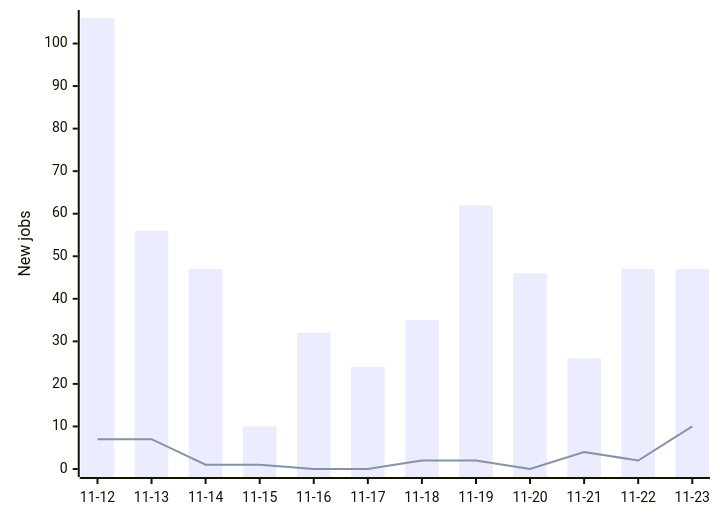
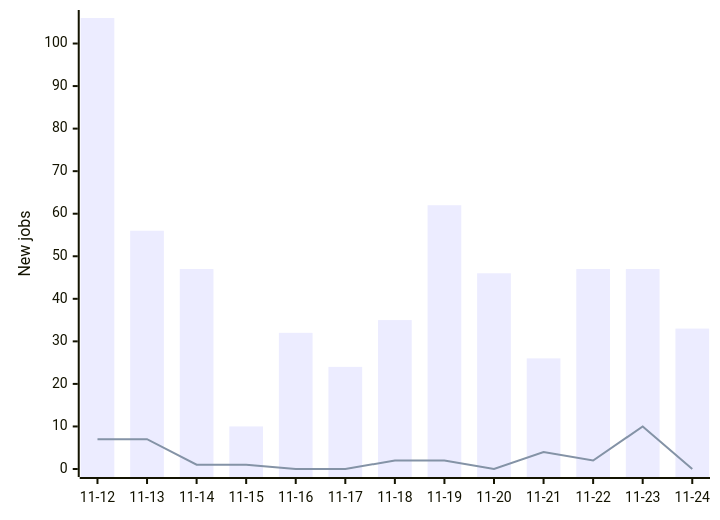
The diagram in README.md (Mwangimark/frontend-job-tracker), drawn with Mermaid before and after one commit. The commit also changed other lines of this file and 2 other files, not shown here.

````diff
--- a/README.md
+++ b/README.md
@@ -16,7 +16,7 @@
 ```mermaid
 xychart-beta
-    x-axis ["11-12", "11-13", "11-14", "11-15", "11-16", "11-17", "11-18", "11-19", "11-20", "11-21", "11-22", "11-23"]
+    x-axis ["11-12", "11-13", "11-14", "11-15", "11-16", "11-17", "11-18", "11-19", "11-20", "11-21", "11-22", "11-23", "11-24"]
     y-axis "New jobs" 0 --> 106
-    bar [106, 56, 47, 10, 32, 24, 35, 62, 46, 26, 47, 47]
-    line [7, 7, 1, 1, 0, 0, 2, 2, 0, 4, 2, 10]
+    bar [106, 56, 47, 10, 32, 24, 35, 62, 46, 26, 47, 47, 33]
+    line [7, 7, 1, 1, 0, 0, 2, 2, 0, 4, 2, 10, 0]
 ```
````
